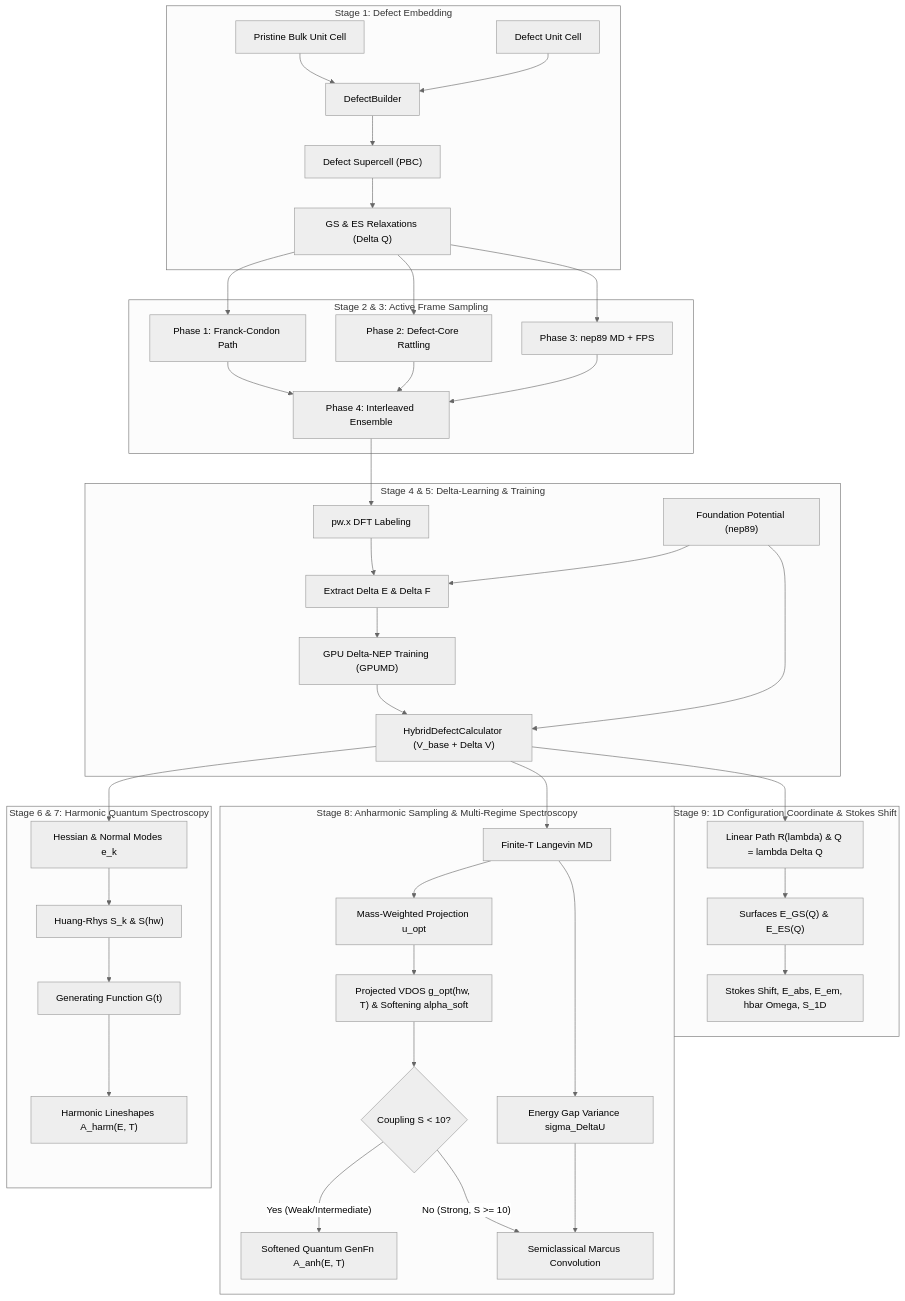
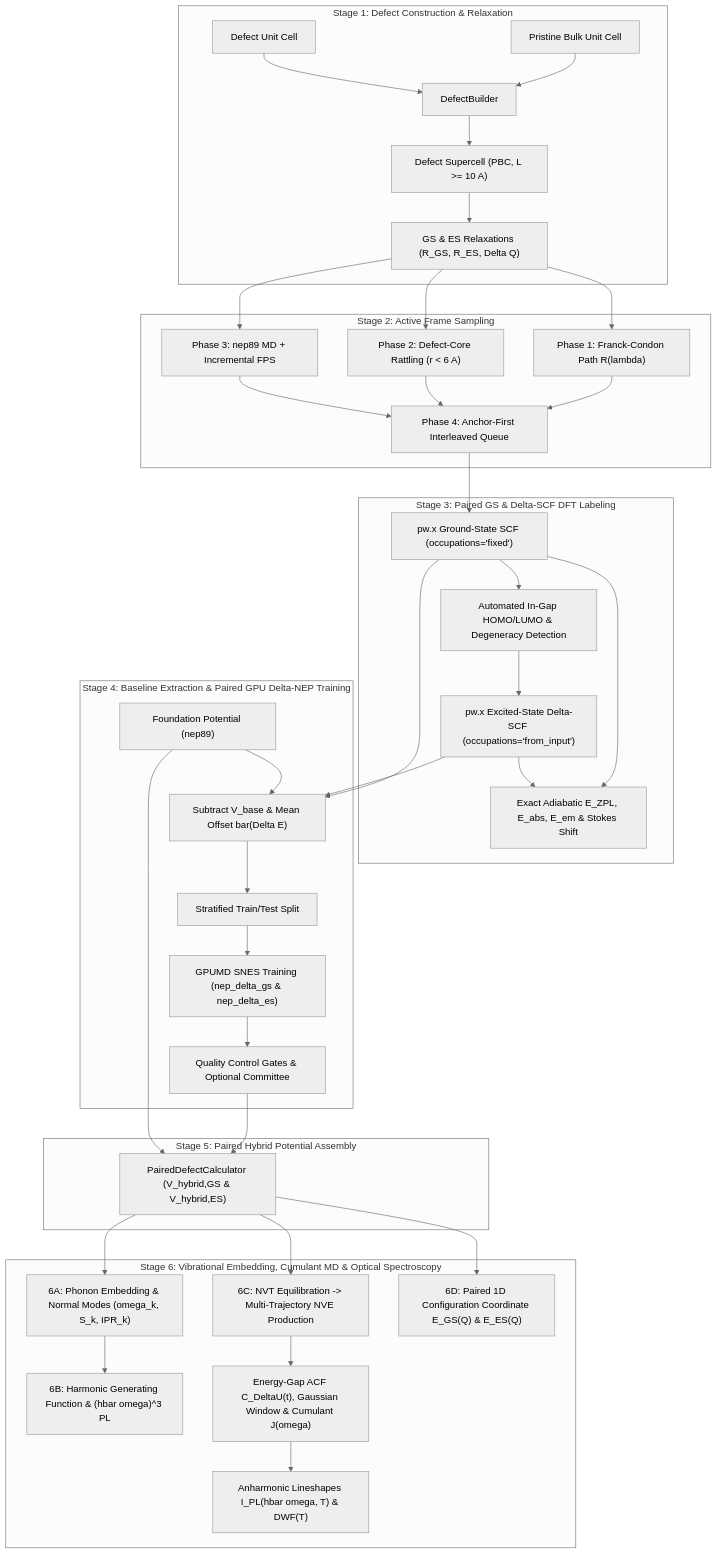
Before and after one commit to gsurfer04/HyDePh: the diagram in docs/THEORY_WALKTHROUGH.md, drawn with Mermaid (neutral theme). The commit also changed other lines of this file and 2 other files, not shown here.

````diff
--- a/docs/THEORY_WALKTHROUGH.md
+++ b/docs/THEORY_WALKTHROUGH.md
@@ -23,51 +25,49 @@
 ```mermaid
 flowchart TD
-    subgraph S1["Stage 1: Defect Embedding"]
+    subgraph S1["Stage 1: Defect Construction & Relaxation"]
         Pristine["Pristine Bulk Unit Cell"] --> Builder["DefectBuilder"]
         Defect["Defect Unit Cell"] --> Builder
-        Builder --> SC["Defect Supercell (PBC)"]
-        SC --> Relax["GS & ES Relaxations (Delta Q)"]
+        Builder --> SC["Defect Supercell (PBC, L >= 10 A)"]
+        SC --> Relax["GS & ES Relaxations (R_GS, R_ES, Delta Q)"]
     end
 
-    subgraph S2["Stage 2 & 3: Active Frame Sampling"]
-        Relax --> FC["Phase 1: Franck-Condon Path"]
-        Relax --> Rattle["Phase 2: Defect-Core Rattling"]
-        Relax --> MD["Phase 3: nep89 MD + FPS"]
-        FC --> Priority["Phase 4: Interleaved Ensemble"]
+    subgraph S2["Stage 2: Active Frame Sampling"]
+        Relax --> FC["Phase 1: Franck-Condon Path R(lambda)"]
+        Relax --> Rattle["Phase 2: Defect-Core Rattling (r < 6 A)"]
+        Relax --> MD["Phase 3: nep89 MD + Incremental FPS"]
+        FC --> Priority["Phase 4: Anchor-First Interleaved Queue"]
         Rattle --> Priority
         MD --> Priority
     end
 
-    subgraph S3["Stage 4 & 5: Delta-Learning & Training"]
-        Priority --> QE["pw.x DFT Labeling"]
-        BasePot["Foundation Potential (nep89)"] --> Subtract["Extract Delta E & Delta F"]
-        QE --> Subtract
-        Subtract --> NEP["GPU Delta-NEP Training (GPUMD)"]
-        NEP --> Calc["HybridDefectCalculator (V_base + Delta V)"]
+    subgraph S3["Stage 3: Paired GS & Delta-SCF DFT Labeling"]
+        Priority --> QE_GS["pw.x Ground-State SCF (occupations='fixed')"]
+        QE_GS --> Gap["Automated In-Gap HOMO/LUMO & Degeneracy Detection"]
+        Gap --> QE_ES["pw.x Excited-State Delta-SCF (occupations='from_input')"]
+        QE_GS --> ExactZPL["Exact Adiabatic E_ZPL, E_abs, E_em & Stokes Shift"]
+        QE_ES --> ExactZPL
+    end
+
+    subgraph S4["Stage 4: Baseline Extraction & Paired GPU Delta-NEP Training"]
+        BasePot["Foundation Potential (nep89)"] --> Subtract["Subtract V_base & Mean Offset bar(Delta E)"]
+        QE_GS --> Subtract
+        QE_ES --> Subtract
+        Subtract --> Split["Stratified Train/Test Split"]
+        Split --> NEP["GPUMD SNES Training (nep_delta_gs & nep_delta_es)"]
+        NEP --> QC["Quality Control Gates & Optional Committee"]
+    end
+
+    subgraph S5["Stage 5: Paired Hybrid Potential Assembly"]
+        QC --> Calc["PairedDefectCalculator (V_hybrid,GS & V_hybrid,ES)"]
         BasePot --> Calc
     end
 
-    subgraph S4["Stage 6 & 7: Harmonic Quantum Spectroscopy"]
-        Calc --> Hessian["Hessian & Normal Modes e_k"]
-        Hessian --> Sk["Huang-Rhys S_k & S(hw)"]
-        Sk --> GenFunc["Generating Function G(t)"]
-        GenFunc --> HarmPL["Harmonic Lineshapes A_harm(E, T)"]
-    end
-
-    subgraph S5["Stage 8: Anharmonic Sampling & Multi-Regime Spectroscopy"]
-        Calc --> LangMD["Finite-T Langevin MD"]
-        LangMD --> Proj["Mass-Weighted Projection u_opt"]
-        Proj --> VACF["Projected VDOS g_opt(hw, T) & Softening alpha_soft"]
-        LangMD --> DeltaU["Energy Gap Variance sigma_DeltaU"]
-        VACF --> Regimes{"Coupling S < 10?"}
-        Regimes -->|"Yes (Weak/Intermediate)"| SoftGen["Softened Quantum GenFn A_anh(E, T)"]
-        Regimes -->|"No (Strong, S >= 10)"| MarcusConv["Semiclassical Marcus Convolution"]
-        DeltaU --> MarcusConv
-    end
-
-    subgraph S6["Stage 9: 1D Configuration Coordinate & Stokes Shift"]
-        Calc --> CCScan["Linear Path R(lambda) & Q = lambda Delta Q"]
-        CCScan --> PES["Surfaces E_GS(Q) & E_ES(Q)"]
-        PES --> Stokes["Stokes Shift, E_abs, E_em, hbar Omega, S_1D"]
+    subgraph S6["Stage 6: Vibrational Embedding, Cumulant MD & Optical Spectroscopy"]
+        Calc --> Embed["6A: Phonon Embedding & Normal Modes (omega_k, S_k, IPR_k)"]
+        Embed --> HarmPL["6B: Harmonic Generating Function & (hbar omega)^3 PL"]
+        Calc --> NVE["6C: NVT Equilibration -> Multi-Trajectory NVE Production"]
+        NVE --> Cumulant["Energy-Gap ACF C_DeltaU(t), Gaussian Window & Cumulant J(omega)"]
+        Cumulant --> AnhPL["Anharmonic Lineshapes I_PL(hbar omega, T) & DWF(T)"]
+        Calc --> CCScan["6D: Paired 1D Configuration Coordinate E_GS(Q) & E_ES(Q)"]
     end
 ```
````
